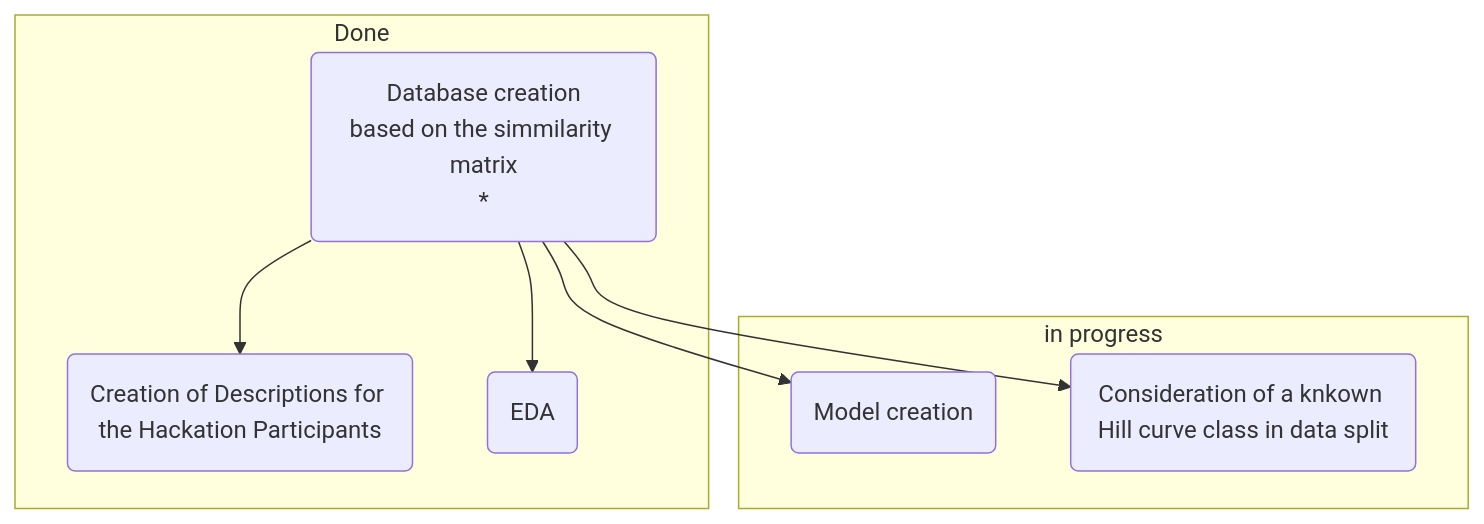
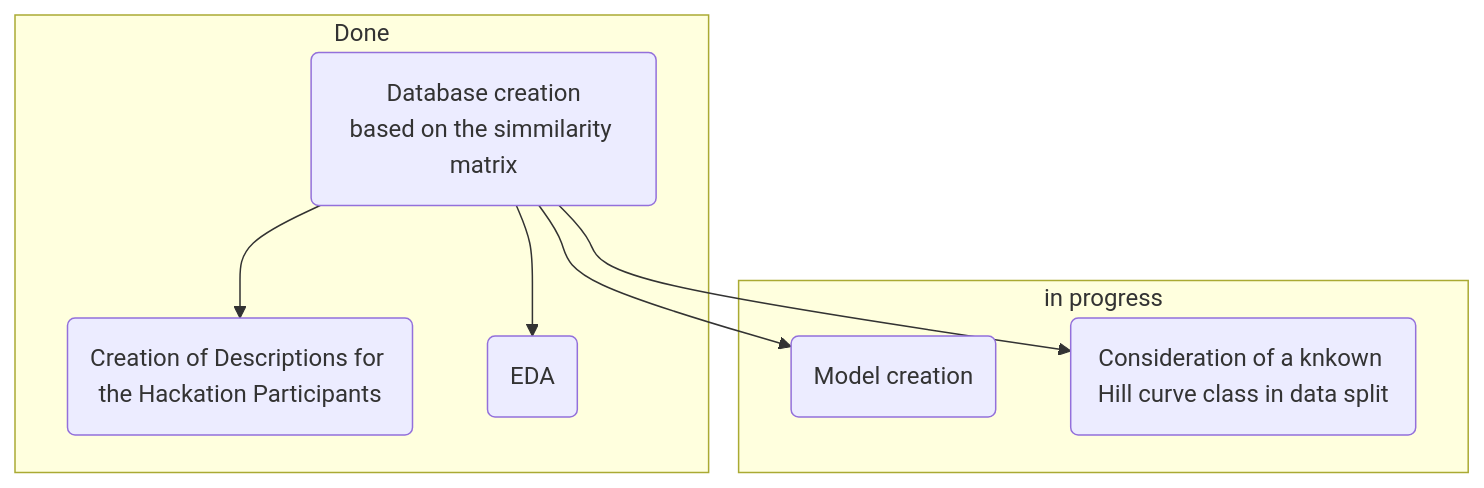
Before and after one commit to SFGLab/Team9_Toxicological_Profiles: the second of 2 diagrams in README.md, drawn with Mermaid.

Commit message:
Update README.md
typos

````diff
--- a/README.md
+++ b/README.md
@@ -91,12 +91,12 @@
 ```mermaid
 flowchart TD;
     subgraph Done
-        A("Database creation<br>based on the simmilarity matrix<br>*") --> B(Creation of Descriptions for the Hackation Participants);
+        A("Database creation<br>based on the simmilarity matrix") --> B(Creation of Descriptions for the Hackation Participants);
         A --> C(EDA)
     end
 
     subgraph in progress
      A --> D(Model creation);
      A --> E(Consideration of a knkown Hill curve class in data split)
     end
 ```
````
